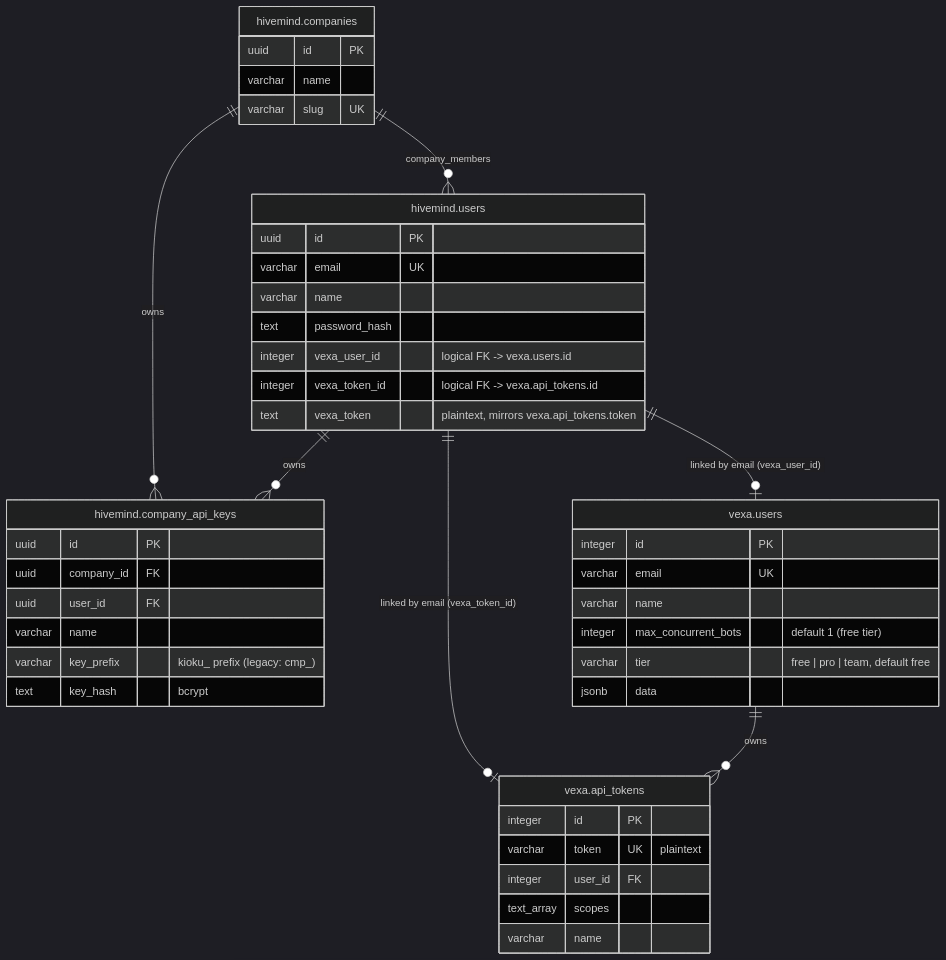
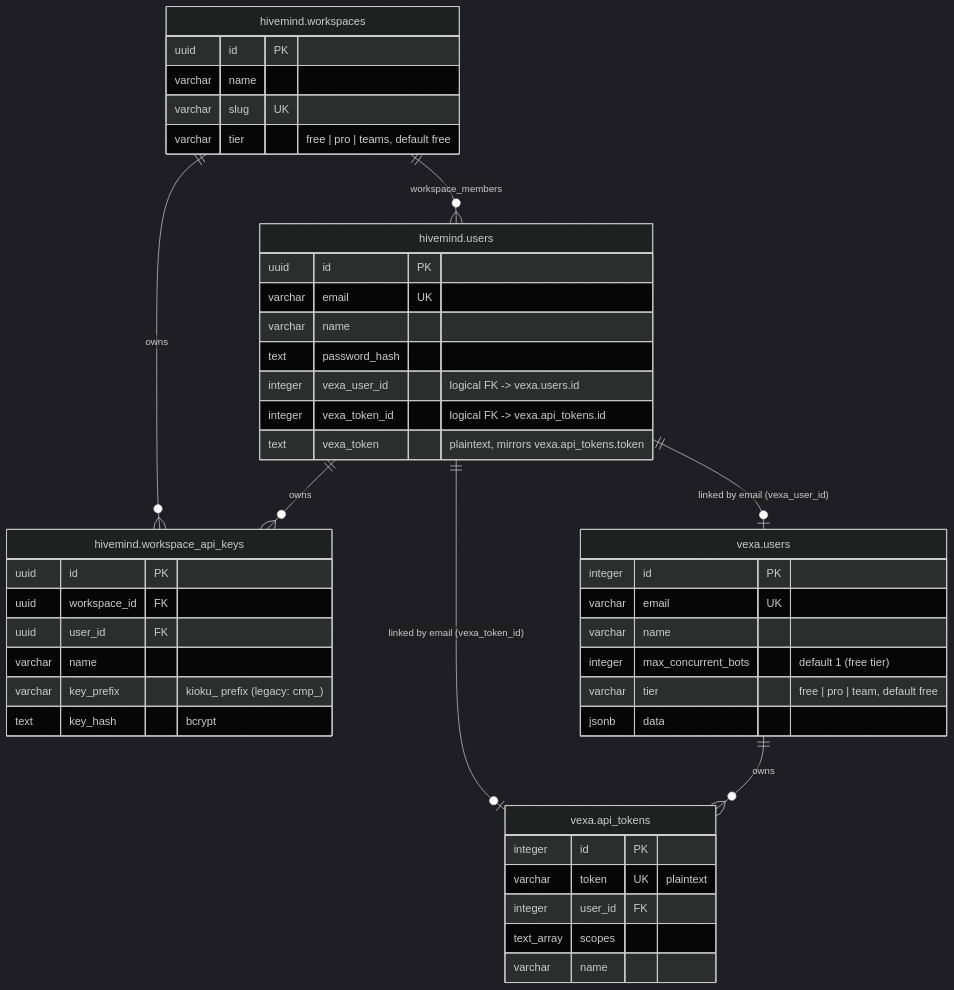
Before and after one commit to kioku-org/kioku: the diagram in docs/architecture/vexa-hivemind-credentials.md, drawn with Mermaid (dark theme). The commit also changed other lines of this file and 45 other files, not shown here.

````diff
--- a/docs/architecture/vexa-hivemind-credentials.md
+++ b/docs/architecture/vexa-hivemind-credentials.md
@@ -11,51 +11,52 @@
 ```mermaid
 erDiagram
-    "hivemind.companies" ||--o{ "hivemind.users" : "company_members"
-    "hivemind.companies" ||--o{ "hivemind.company_api_keys" : owns
-    "hivemind.users" ||--o{ "hivemind.company_api_keys" : owns
+    "hivemind.workspaces" ||--o{ "hivemind.users" : "workspace_members"
+    "hivemind.workspaces" ||--o{ "hivemind.workspace_api_keys" : owns
+    "hivemind.users" ||--o{ "hivemind.workspace_api_keys" : owns
     "hivemind.users" ||--o| "vexa.users" : "linked by email (vexa_user_id)"
     "hivemind.users" ||--o| "vexa.api_tokens" : "linked by email (vexa_token_id)"
     "vexa.users" ||--o{ "vexa.api_tokens" : owns
 
-    "hivemind.companies" {
+    "hivemind.workspaces" {
         uuid id PK
         varchar name
         varchar slug UK
+        varchar tier "free | pro | teams, default free"
     }
 
     "hivemind.users" {
         uuid id PK
         varchar email UK
         varchar name
         text password_hash
         integer vexa_user_id "logical FK -> vexa.users.id"
         integer vexa_token_id "logical FK -> vexa.api_tokens.id"
         text vexa_token "plaintext, mirrors vexa.api_tokens.token"
     }
 
-    "hivemind.company_api_keys" {
+    "hivemind.workspace_api_keys" {
         uuid id PK
-        uuid company_id FK
+        uuid workspace_id FK
         uuid user_id FK
         varchar name
         varchar key_prefix "kioku_ prefix (legacy: cmp_)"
         text key_hash "bcrypt"
     }
 
     "vexa.users" {
         integer id PK
         varchar email UK
         varchar name
         integer max_concurrent_bots "default 1 (free tier)"
         varchar tier "free | pro | team, default free"
         jsonb data
     }
 
     "vexa.api_tokens" {
         integer id PK
         varchar token UK "plaintext"
         integer user_id FK
         text_array scopes
         varchar name
     }
 ```
````
